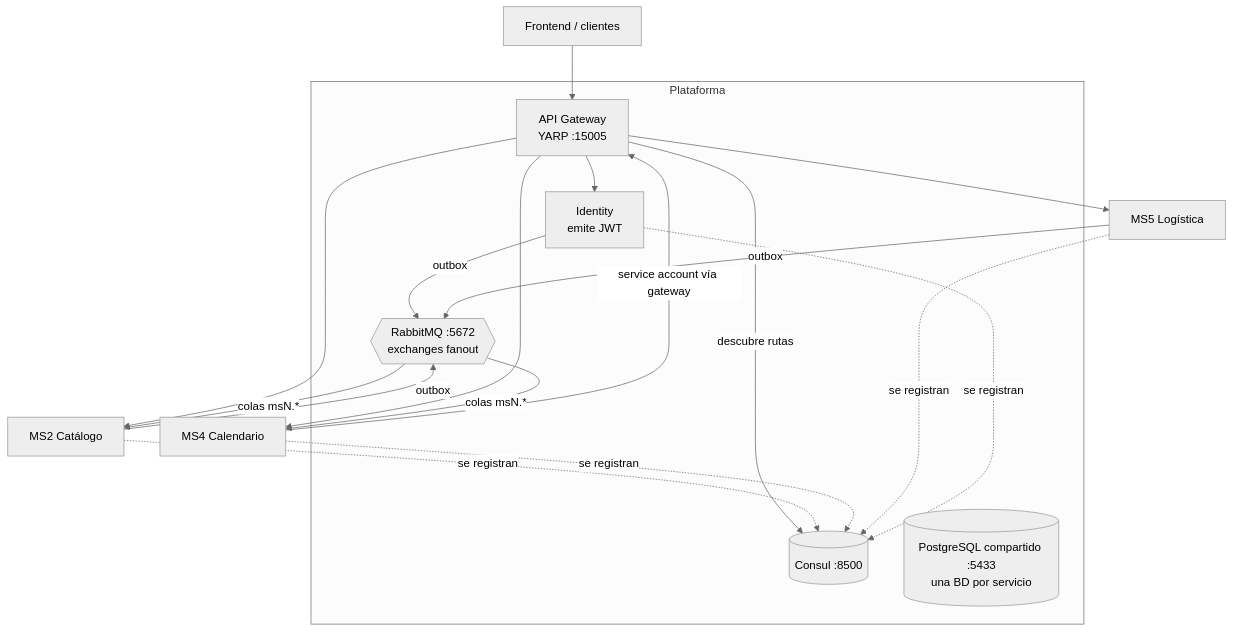
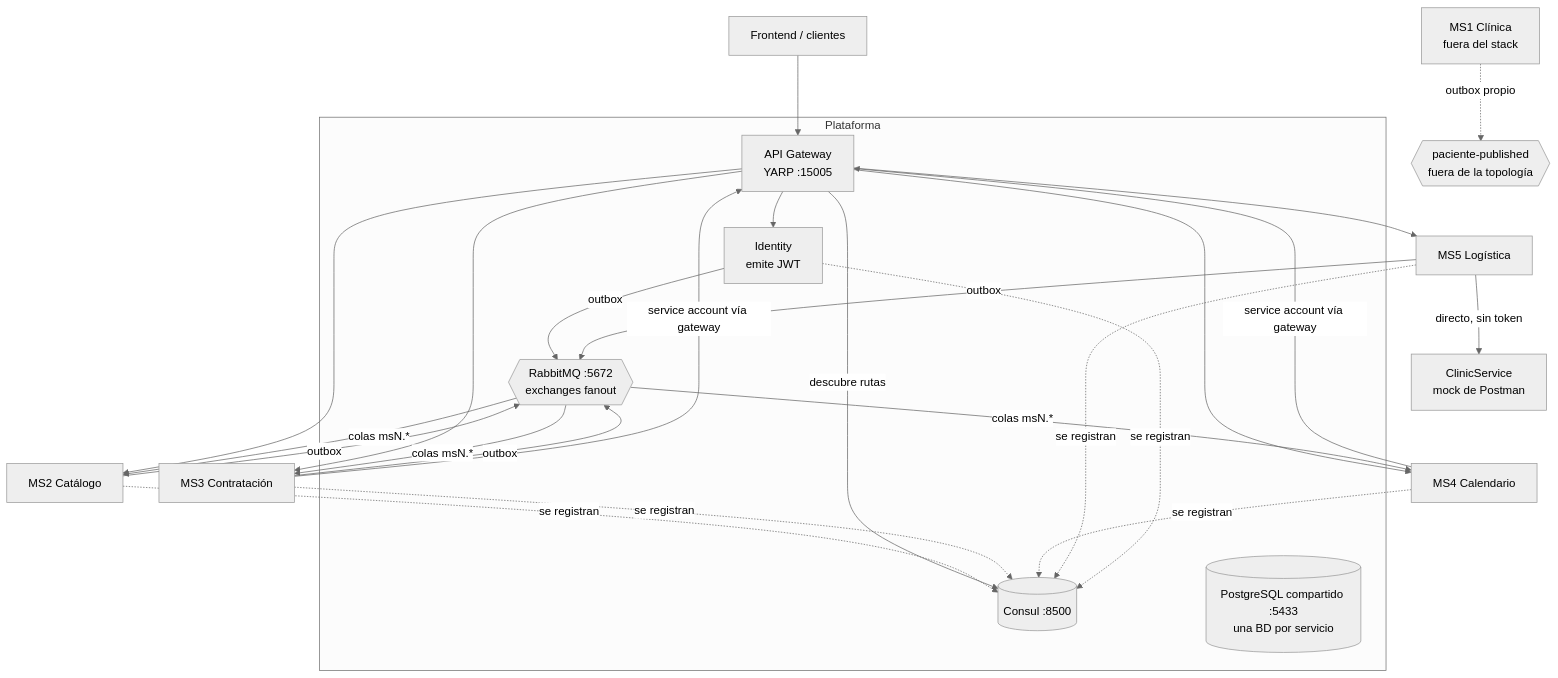
The diagram in platform/architecture.md (Nur-tricenter/knowledge), drawn with Mermaid (neutral theme) before and after one commit. The commit also changed other lines of this file and 11 other files, not shown here.

Commit message:
docs(platform): cross-service sweep and local-stack runbook

````diff
--- a/platform/architecture.md
+++ b/platform/architecture.md
@@ -3,23 +3,29 @@
 ```mermaid
 flowchart TB
   FE[Frontend / clientes] --> GW
   subgraph Plataforma
     GW[API Gateway<br/>YARP :15005]
     CS[(Consul :8500)]
     ID[Identity<br/>emite JWT]
     MQ{{RabbitMQ :5672<br/>exchanges fanout}}
     PG[(PostgreSQL compartido :5433<br/>una BD por servicio)]
   end
   GW -- descubre rutas --> CS
   GW --> ID
   GW --> MS2[MS2 Catálogo]
+  GW --> MS3[MS3 Contratación]
   GW --> MS4[MS4 Calendario]
   GW --> MS5[MS5 Logística]
-  MS2 & MS4 & MS5 & ID -. se registran .-> CS
+  MS2 & MS3 & MS4 & MS5 & ID -. se registran .-> CS
   MS2 -- outbox --> MQ
   ID -- outbox --> MQ
+  MS3 -- outbox --> MQ
   MS5 -- outbox --> MQ
+  MQ -- colas msN.* --> MS2
+  MQ -- colas msN.* --> MS3
   MQ -- colas msN.* --> MS4
-  MQ -- colas msN.* --> MS2
+  MS3 -- service account vía gateway --> GW
   MS4 -- service account vía gateway --> GW
+  MS5 -- directo, sin token --> MOCK[ClinicService<br/>mock de Postman]
+  MS1[MS1 Clínica<br/>fuera del stack] -. outbox propio .-> MQ1{{paciente-published<br/>fuera de la topología}}
 ```
````
